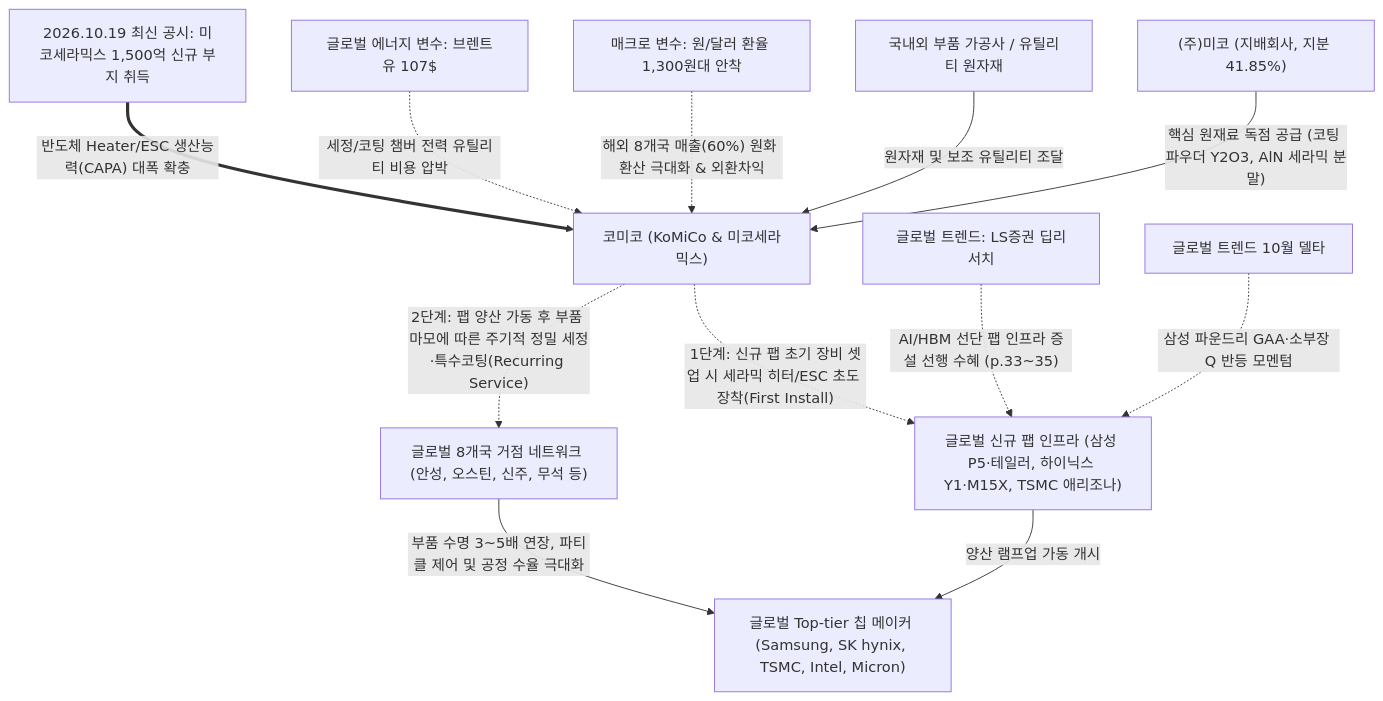
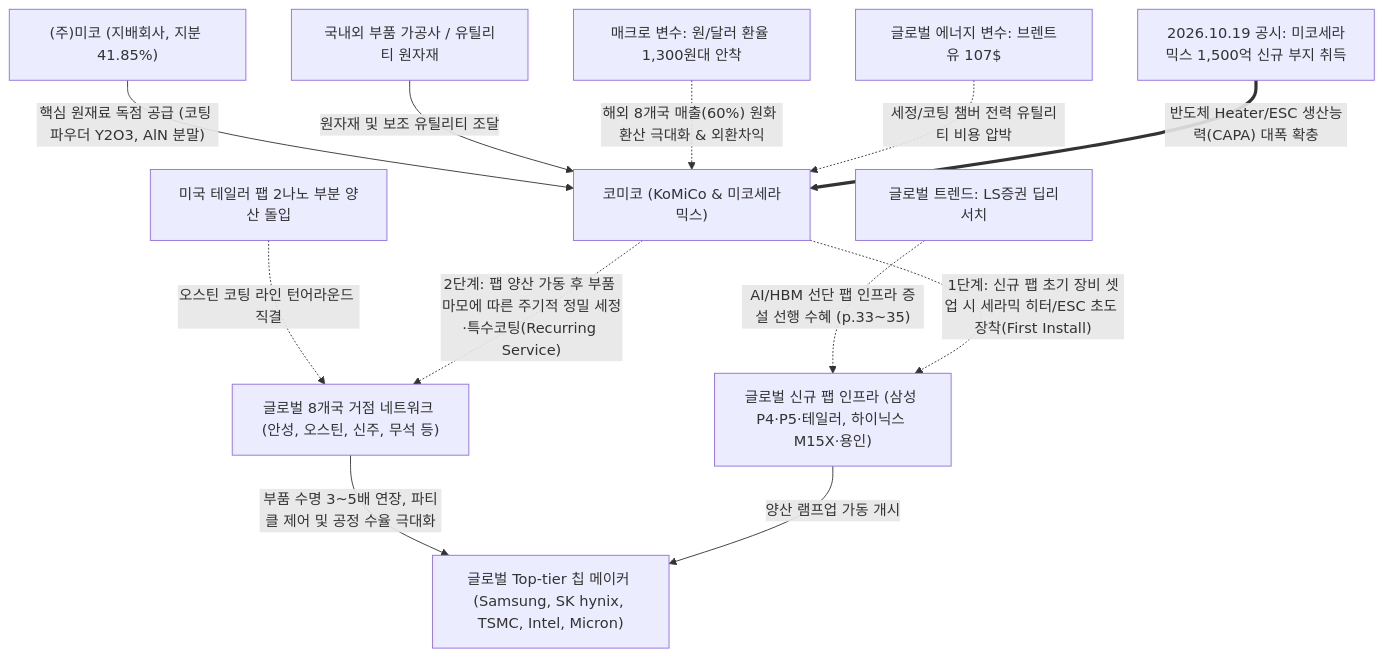
The first of 2 diagrams in Stock_Research/코미코/3_Final_Reports/Phase1_Report.md (eve830521-cmd/my-skill), drawn with Mermaid before and after one commit. The commit also changed other lines of this file and 27 other files, not shown here.

````diff
--- a/Stock_Research/코미코/3_Final_Reports/Phase1_Report.md
+++ b/Stock_Research/코미코/3_Final_Reports/Phase1_Report.md
@@ -34,14 +36,14 @@
 ```mermaid
 graph TD
-    A["(주)미코 (지배회사, 지분 41.85%)"] -->|"핵심 원재료 독점 공급 (코팅 파우더 Y2O3, AlN 세라믹 분말)"| B["코미코 (KoMiCo & 미코세라믹스)"]
+    A["(주)미코 (지배회사, 지분 41.85%)"] -->|"핵심 원재료 독점 공급 (코팅 파우더 Y2O3, AlN 분말)"| B["코미코 (KoMiCo & 미코세라믹스)"]
     C["국내외 부품 가공사 / 유틸리티 원자재"] -->|"원자재 및 보조 유틸리티 조달"| B
     FX["매크로 변수: 원/달러 환율 1,300원대 안착"] -. "해외 8개국 매출(60%) 원화 환산 극대화 & 외환차익" .-> B
     OIL["글로벌 에너지 변수: 브렌트유 107$"] -. "세정/코팅 챔버 전력 유틸리티 비용 압박" .-> B
-    CAPEX["2026.10.19 최신 공시: 미코세라믹스 1,500억 신규 부지 취득"] ==>|"반도체 Heater/ESC 생산능력(CAPA) 대폭 확충"| B
+    CAPEX["2026.10.19 공시: 미코세라믹스 1,500억 신규 부지 취득"] ==>|"반도체 Heater/ESC 생산능력(CAPA) 대폭 확충"| B
     GT_LS["글로벌 트렌드: LS증권 딥리서치"] -. "AI/HBM 선단 팹 인프라 증설 선행 수혜 (p.33~35)" .-> D
-    GT_OCT["글로벌 트렌드 10월 델타"] -. "삼성 파운드리 GAA·소부장 Q 반등 모멘텀" .-> D
-    B -. "1단계: 신규 팹 초기 장비 셋업 시 세라믹 히터/ESC 초도 장착(First Install)" .-> D["글로벌 신규 팹 인프라 (삼성 P5·테일러, 하이닉스 Y1·M15X, TSMC 애리조나)"]
+    GT_TAY["미국 테일러 팹 2나노 부분 양산 돌입"] -. "오스틴 코팅 라인 턴어라운드 직결" .-> E
+    B -. "1단계: 신규 팹 초기 장비 셋업 시 세라믹 히터/ESC 초도 장착(First Install)" .-> D["글로벌 신규 팹 인프라 (삼성 P4·P5·테일러, 하이닉스 M15X·용인)"]
     B -. "2단계: 팹 양산 가동 후 부품 마모에 따른 주기적 정밀 세정·특수코팅(Recurring Service)" .-> E["글로벌 8개국 거점 네트워크 (안성, 오스틴, 신주, 무석 등)"]
     E -->|"부품 수명 3~5배 연장, 파티클 제어 및 공정 수율 극대화"| F["글로벌 Top-tier 칩 메이커 (Samsung, SK hynix, TSMC, Intel, Micron)"]
     D -->|"양산 램프업 가동 개시"| F
 ```
````
